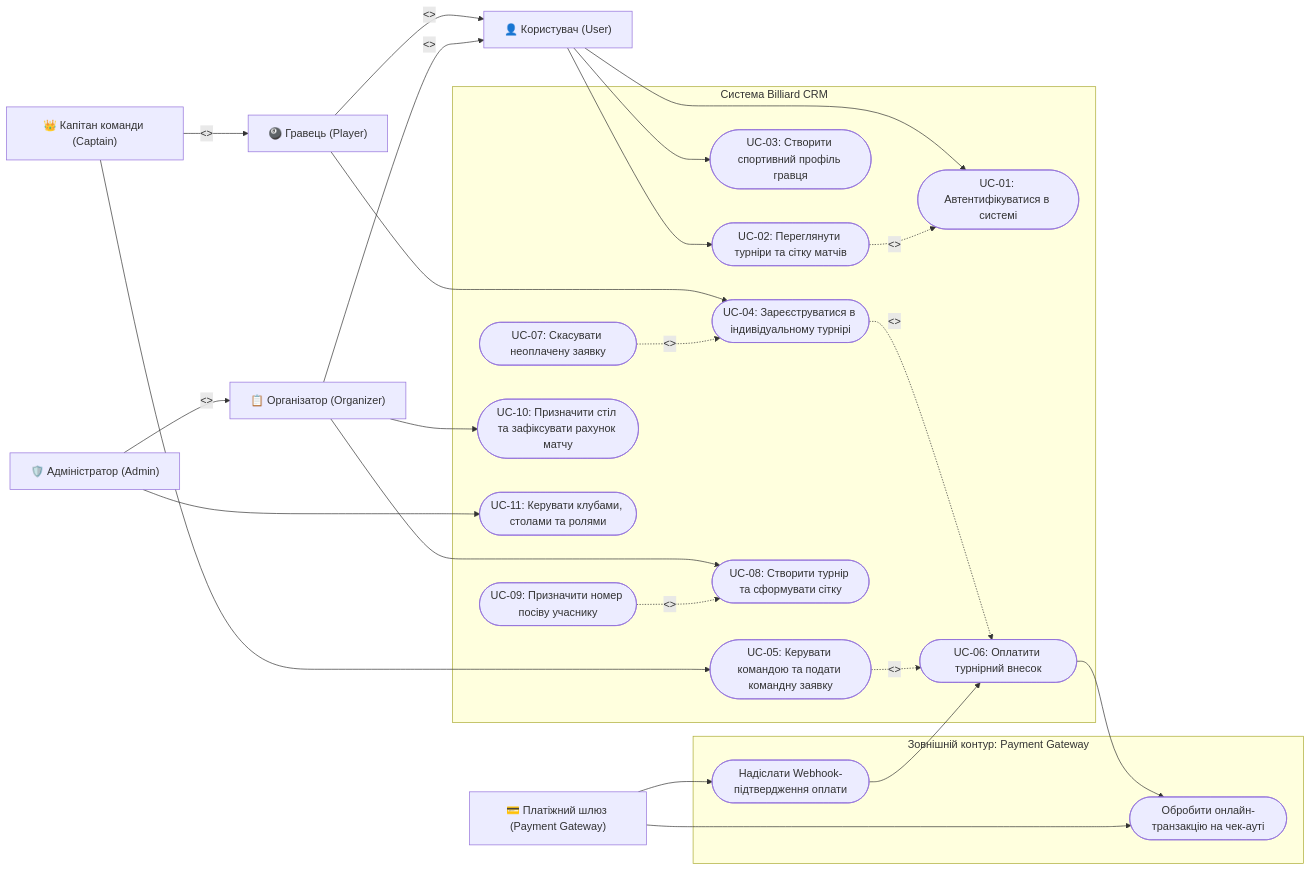
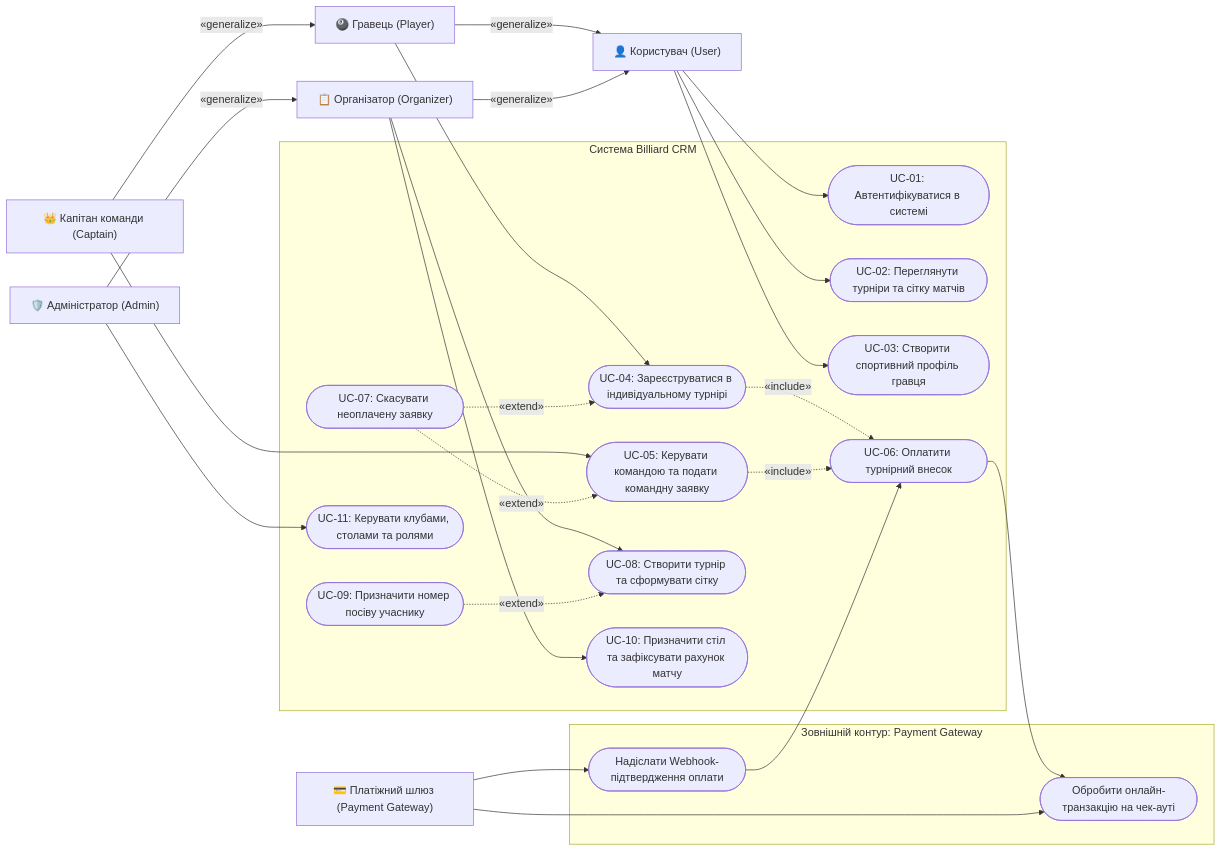
Before and after one commit to prSaveliy/kpi-2: the diagram in lab-02-requirements-usecases/model.mmd, drawn with Mermaid. The commit also changed 1 other file, not shown here.

Commit message:
model: regenerate requirements and use case diagram according to audit feedback and refined spec

```diff
--- a/lab-02-requirements-usecases/model.mmd
+++ b/lab-02-requirements-usecases/model.mmd
@@ -1,66 +1,66 @@
 flowchart LR
     %% Актори: Люди (Human Actors)
     User["👤 Користувач (User)"]
     Player["🎱 Гравець (Player)"]
     Captain["👑 Капітан команди (Captain)"]
     Organizer["📋 Організатор (Organizer)"]
     Admin["🛡️ Адміністратор (Admin)"]
 
     %% Актор: Зовнішня система (External System Actor)
     PaymentGateway["💳 Платіжний шлюз (Payment Gateway)"]
 
     %% Ієрархія узагальнення акторів (Generalization)
-    Player -->|"<<generalize>>"| User
-    Captain -->|"<<generalize>>"| Player
-    Organizer -->|"<<generalize>>"| User
-    Admin -->|"<<generalize>>"| Organizer
+    Player -->|"«generalize»"| User
+    Captain -->|"«generalize»"| Player
+    Organizer -->|"«generalize»"| User
+    Admin -->|"«generalize»"| Organizer
 
     %% Межа системи Billiard CRM (System Boundary)
     subgraph BilliardCRM ["Система Billiard CRM"]
         UC01(["UC-01: Автентифікуватися в системі"])
         UC02(["UC-02: Переглянути турніри та сітку матчів"])
         UC03(["UC-03: Створити спортивний профіль гравця"])
 
         UC04(["UC-04: Зареєструватися в індивідуальному турнірі"])
         UC05(["UC-05: Керувати командою та подати командну заявку"])
         UC06(["UC-06: Оплатити турнірний внесок"])
         UC07(["UC-07: Скасувати неоплачену заявку"])
 
         UC08(["UC-08: Створити турнір та сформувати сітку"])
         UC09(["UC-09: Призначити номер посіву учаснику"])
         UC10(["UC-10: Призначити стіл та зафіксувати рахунок матчу"])
 
         UC11(["UC-11: Керувати клубами, столами та ролями"])
     end
 
     %% Межа зовнішньої платіжної системи
     subgraph ExternalGateway ["Зовнішній контур: Payment Gateway"]
         UC_PG1(["Обробити онлайн-транзакцію на чек-ауті"])
         UC_PG2(["Надіслати Webhook-підтвердження оплати"])
     end
 
     %% Асоціації акторів із прецедентами
     User --> UC01
     User --> UC02
     User --> UC03
 
     Player --> UC04
     Captain --> UC05
 
     Organizer --> UC08
     Organizer --> UC10
 
     Admin --> UC11
 
-    %% Зв'язки <<include>> та <<extend>> (Первинна версія)
-    UC02 -.->|"<<include>>"| UC01
-    UC04 -.->|"<<extend>>"| UC06
-    UC05 -.->|"<<extend>>"| UC06
-    UC07 -.->|"<<extend>>"| UC04
-    UC09 -.->|"<<extend>>"| UC08
+    %% Зв'язки «include» та «extend» (Виправлена версія після аудиту)
+    UC04 -.->|"«include»"| UC06
+    UC05 -.->|"«include»"| UC06
+    UC07 -.->|"«extend»"| UC04
+    UC07 -.->|"«extend»"| UC05
+    UC09 -.->|"«extend»"| UC08
 
     %% Взаємодія із зовнішнім платіжним шлюзом
     UC06 --> UC_PG1
     PaymentGateway --> UC_PG1
     PaymentGateway --> UC_PG2
     UC_PG2 --> UC06
```
